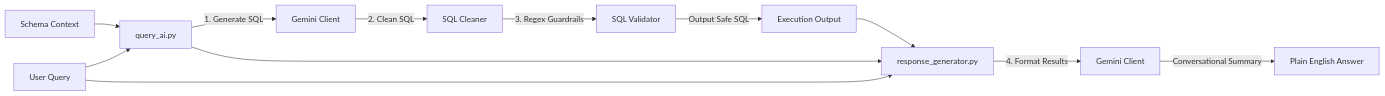
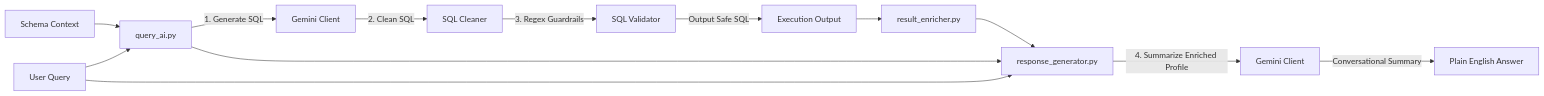
The diagram in llm/README.md (nakul-cloud/ai-sql-assistant), drawn with Mermaid before and after one commit. The commit also changed other lines of this file and 3 other files, not shown here.

````diff
--- a/llm/README.md
+++ b/llm/README.md
@@ -9,12 +9,13 @@
 ```mermaid
 flowchart LR
     SchemaCtx[Schema Context] & UserQ[User Query] --> SQLGen[query_ai.py]
     SQLGen -->|1. Generate SQL| GeminiG[Gemini Client]
     GeminiG -->|2. Clean SQL| Cleaner[SQL Cleaner]
     Cleaner -->|3. Regex Guardrails| Validator[SQL Validator]
     Validator -->|Output Safe SQL| Exec[Execution Output]
     
-    Exec & UserQ & SQLGen --> NLGen[response_generator.py]
-    NLGen -->|4. Format Results| GeminiR[Gemini Client]
+    Exec --> Enricher[result_enricher.py]
+    Enricher & UserQ & SQLGen --> NLGen[response_generator.py]
+    NLGen -->|4. Summarize Enriched Profile| GeminiR[Gemini Client]
     GeminiR -->|Conversational Summary| FinalAns[Plain English Answer]
 ```
````
